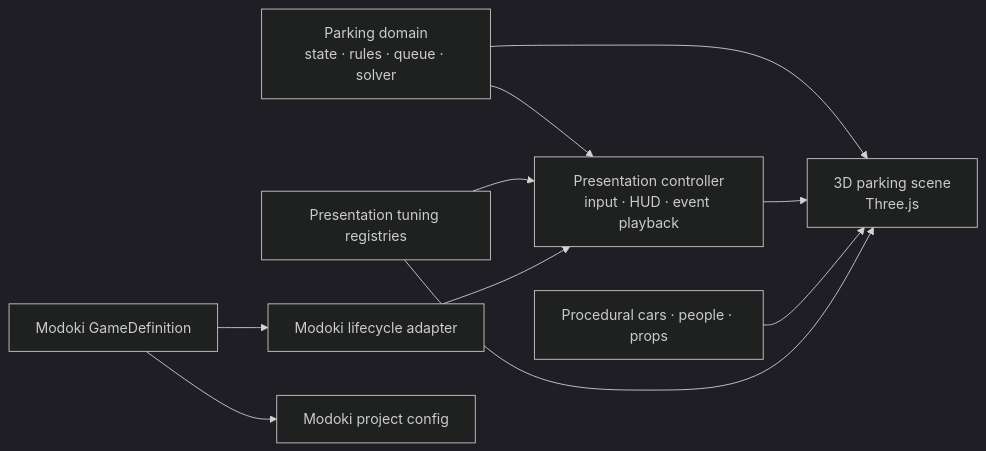
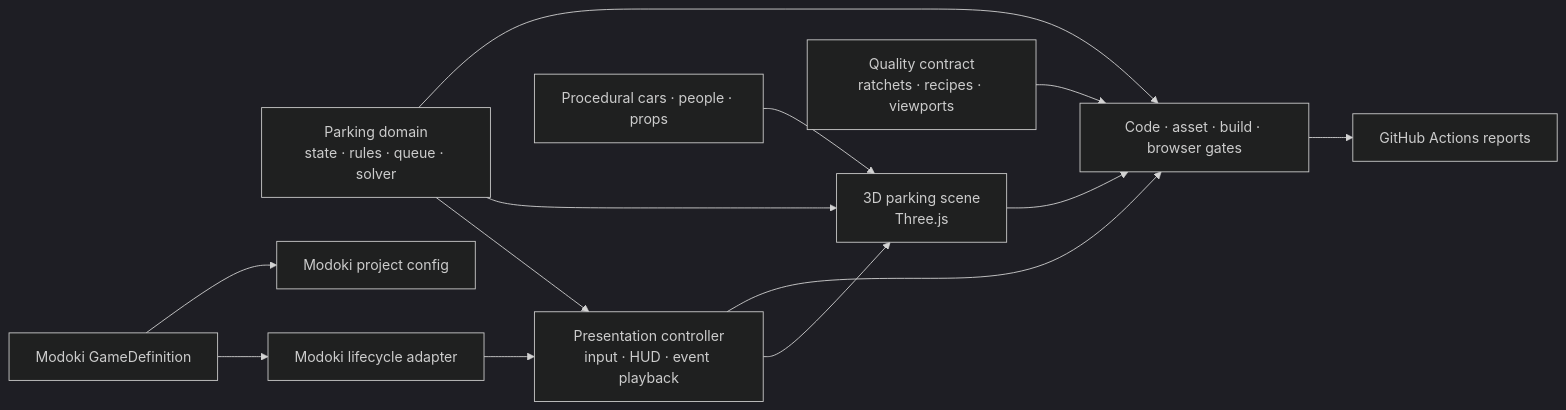
The diagram in architecture/current.mmd (T-Damer/slop), drawn with Mermaid (dark theme) before and after one commit. The commit also changed 18 other files, not shown here.

Commit message:
quality: enforce code, asset, build, and browser contracts

```diff
--- a/architecture/current.mmd
+++ b/architecture/current.mmd
@@ -1,10 +1,14 @@
 flowchart LR
     Domain[Parking domain\nstate · rules · queue · solver] --> App[Presentation controller\ninput · HUD · event playback]
     Domain --> Scene[3D parking scene\nThree.js]
     App --> Scene
     Models[Procedural cars · people · props] --> Scene
-    Registry[Presentation tuning registries] --> App
-    Registry --> Scene
     Setup[Modoki lifecycle adapter] --> App
     Game[Modoki GameDefinition] --> Setup
     Game --> Config[Modoki project config]
+
+    Contract[Quality contract\nratchets · recipes · viewports] --> Gates[Code · asset · build · browser gates]
+    Domain --> Gates
+    App --> Gates
+    Scene --> Gates
+    Gates --> CI[GitHub Actions reports]
```
